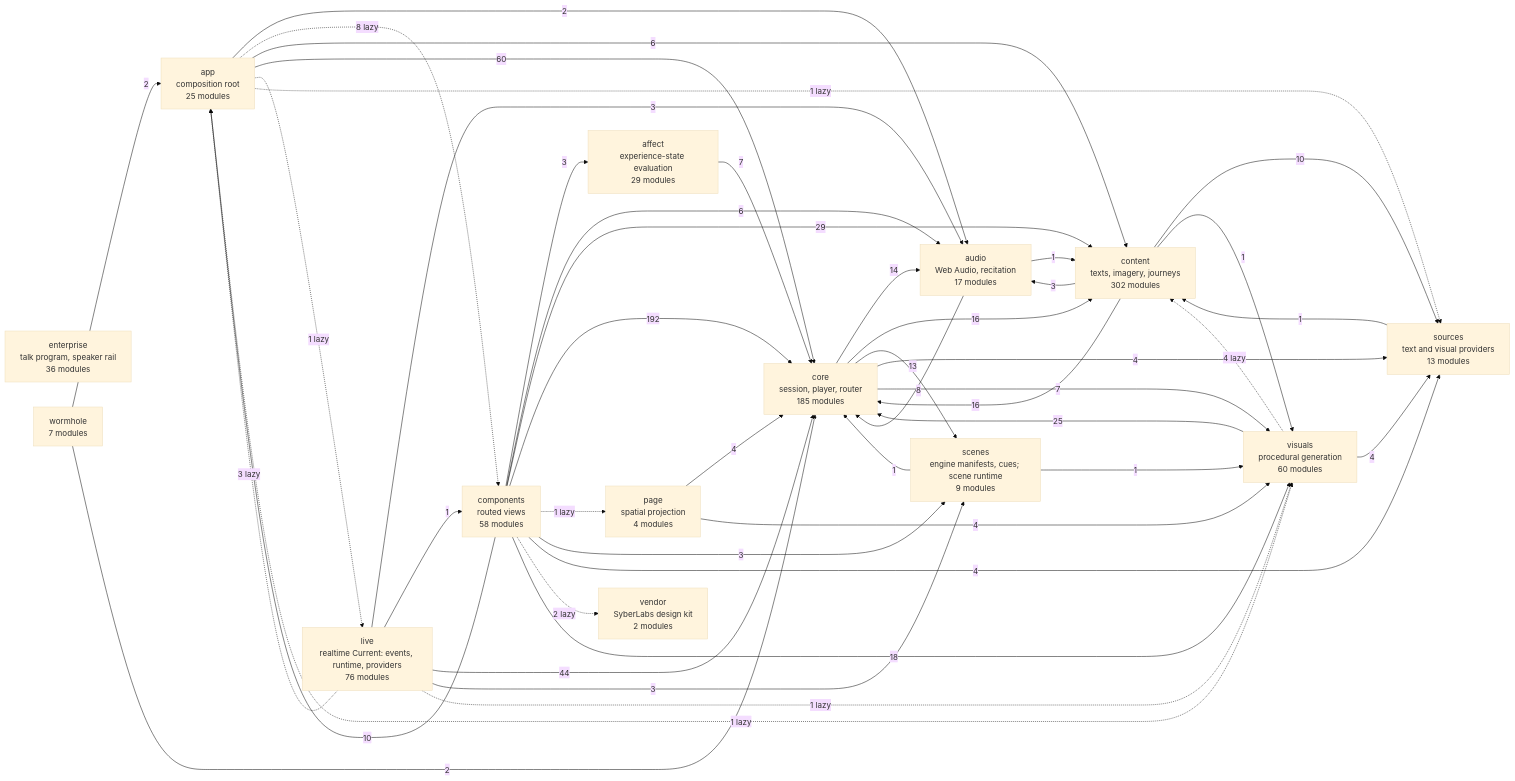
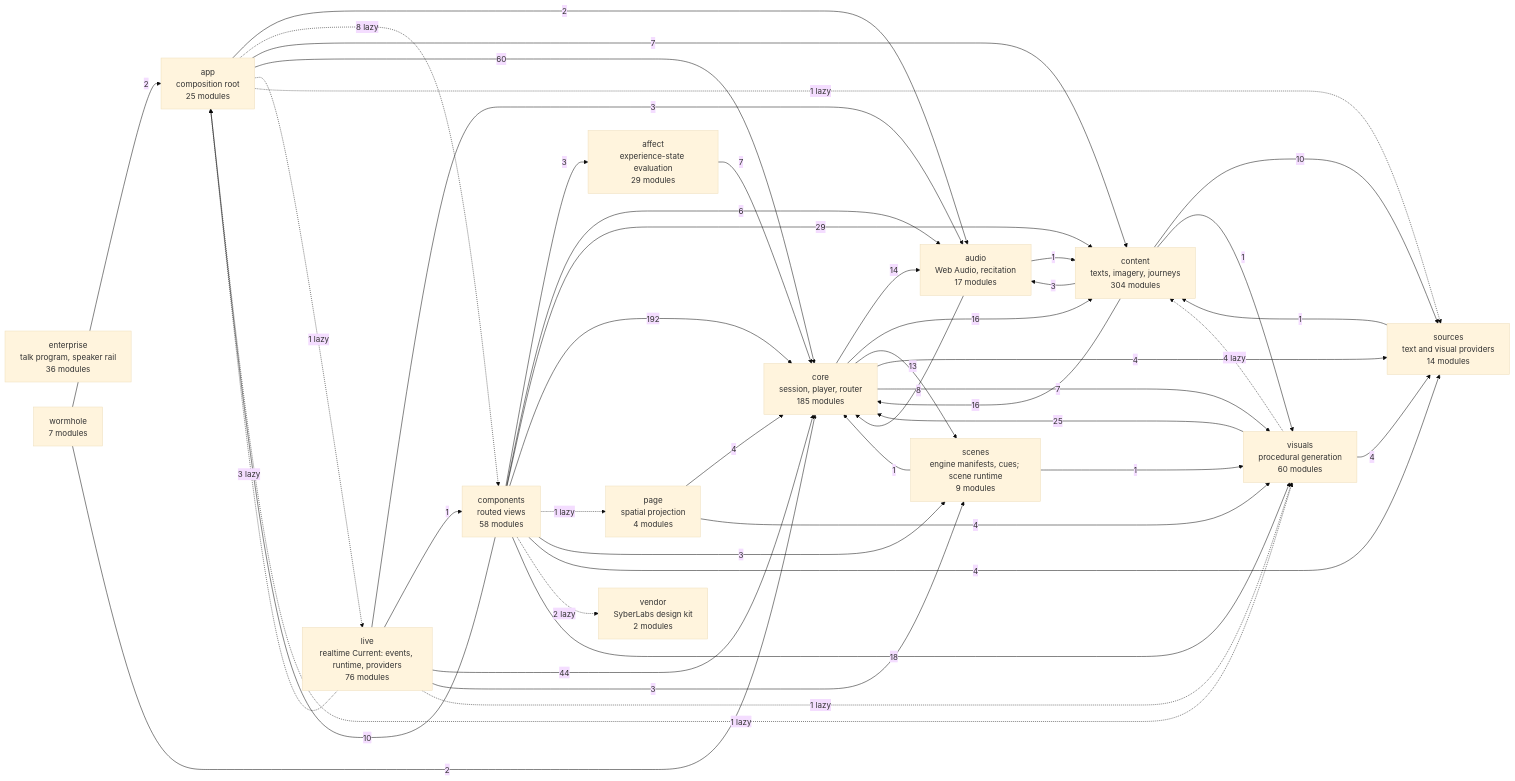
Before and after one commit to SyberLabs/RISE: the diagram in docs/specs/ARCHITECTURE.md, drawn with Mermaid (base theme). The commit also changed 22 other files, not shown here.

````diff
--- a/docs/specs/ARCHITECTURE.md
+++ b/docs/specs/ARCHITECTURE.md
@@ -161,63 +161,63 @@
 ```mermaid
 flowchart LR
     affect["affect<br/>experience-state evaluation<br/>29 modules"]
     app["app<br/>composition root<br/>25 modules"]
     audio["audio<br/>Web Audio, recitation<br/>17 modules"]
     components["components<br/>routed views<br/>58 modules"]
-    content["content<br/>texts, imagery, journeys<br/>302 modules"]
+    content["content<br/>texts, imagery, journeys<br/>304 modules"]
     core["core<br/>session, player, router<br/>185 modules"]
     enterprise["enterprise<br/>talk program, speaker rail<br/>36 modules"]
     live["live<br/>realtime Current: events, runtime, providers<br/>76 modules"]
     page["page<br/>spatial projection<br/>4 modules"]
     scenes["scenes<br/>engine manifests, cues; scene runtime<br/>9 modules"]
-    sources["sources<br/>text and visual providers<br/>13 modules"]
+    sources["sources<br/>text and visual providers<br/>14 modules"]
     vendor["vendor<br/>SyberLabs design kit<br/>2 modules"]
     visuals["visuals<br/>procedural generation<br/>60 modules"]
     wormhole["wormhole<br/>7 modules"]
 
     affect --> |7| core
     app --> |2| audio
     app -.-> |8 lazy| components
-    app --> |6| content
+    app --> |7| content
     app --> |60| core
     app -.-> |1 lazy| live
     app -.-> |1 lazy| sources
     app -.-> |1 lazy| visuals
     audio --> |1| content
     audio --> |8| core
     components --> |3| affect
     components --> |10| app
     components --> |6| audio
     components --> |29| content
     components --> |192| core
     components -.-> |1 lazy| page
     components --> |3| scenes
     components --> |4| sources
     components -.-> |2 lazy| vendor
     components --> |18| visuals
     content --> |3| audio
     content --> |16| core
     content --> |10| sources
     content --> |1| visuals
     core --> |14| audio
     core --> |16| content
     core --> |13| scenes
     core --> |4| sources
     core --> |7| visuals
     live -.-> |3 lazy| app
     live --> |3| audio
     live --> |1| components
     live --> |44| core
     live --> |3| scenes
     live -.-> |1 lazy| visuals
     page --> |4| core
     page --> |4| visuals
     scenes --> |1| core
     scenes --> |1| visuals
     sources --> |1| content
     visuals -.-> |4 lazy| content
     visuals --> |25| core
     visuals --> |4| sources
     wormhole --> |2| app
     wormhole --> |2| core
 ```
````
